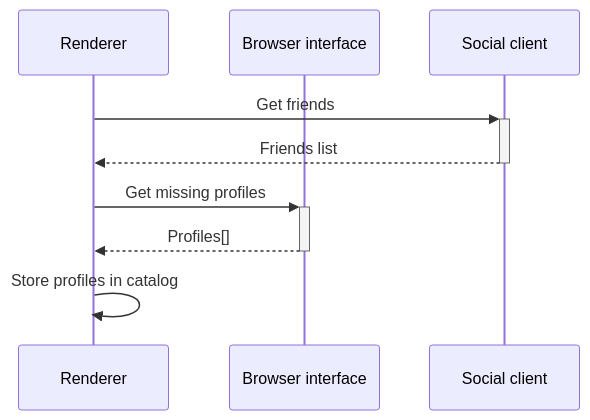
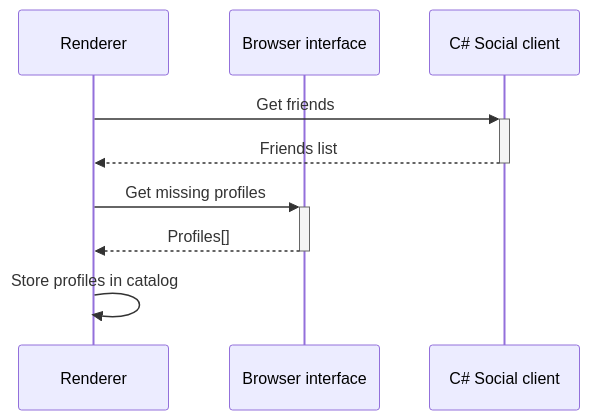
The fourth of 4 diagrams in content/ADR-189-social-service-M2.md (decentraland/adr), drawn with Mermaid before and after one commit. The commit also changed other lines of this file, not shown here.

````diff
--- a/content/ADR-189-social-service-M2.md
+++ b/content/ADR-189-social-service-M2.md
@@ -121,12 +119,12 @@
 ```mermaid
 sequenceDiagram
     participant Renderer
     participant Browser interface
-    participant Social client
+    participant C# Social client
 
-    Renderer ->>+ Social client: Get friends
-    Social client -->>- Renderer: Friends list
+    Renderer ->>+ C# Social client: Get friends
+    C# Social client -->>- Renderer: Friends list
     Renderer ->>+ Browser interface: Get missing profiles
     Browser interface -->>- Renderer: Profiles[]
     Renderer ->> Renderer: Store profiles in catalog
 ```
````
